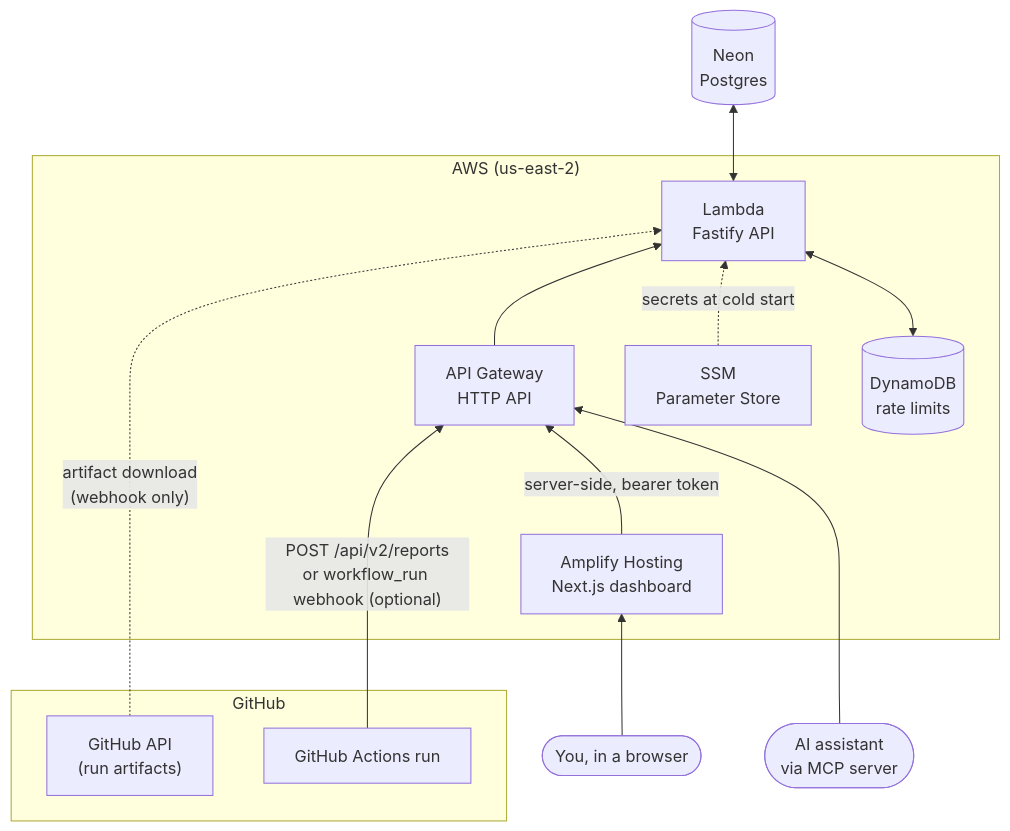
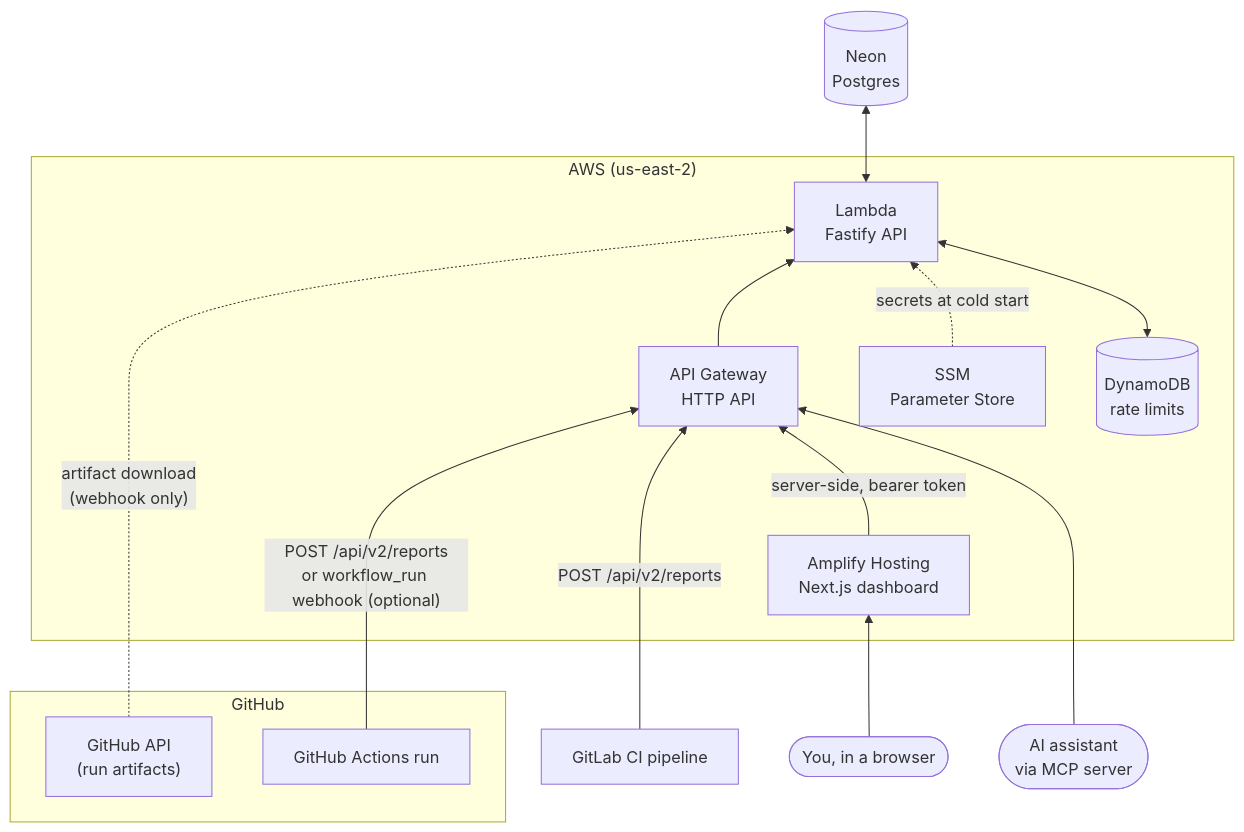
The first of 2 diagrams in README.md (glennmcd/flakehunter), drawn with Mermaid before and after one commit. The commit also changed other lines of this file and 2 other files, not shown here.

Commit message:
fix(api): enhance JUnit parser to decode character references and imp… (#31)

````diff
--- a/README.md
+++ b/README.md
@@ -29,29 +30,31 @@
 ```mermaid
 flowchart BT
   subgraph AWS["AWS (us-east-2)"]
     L["Lambda<br/>Fastify API"]
     APIGW["API Gateway<br/>HTTP API"]
     DDB[("DynamoDB<br/>rate limits")]
     SSM["SSM<br/>Parameter Store"]
     AMP["Amplify Hosting<br/>Next.js dashboard"]
   end
 
   subgraph GitHub
     GA["GitHub Actions run"]
     GHAPI["GitHub API<br/>(run artifacts)"]
   end
 
+  GL["GitLab CI pipeline"]
   DB[("Neon<br/>Postgres")]
   U(["You, in a browser"])
   AI(["AI assistant<br/>via MCP server"])
 
   GA -- "POST /api/v2/reports<br/>or workflow_run webhook (optional)" ---> APIGW
+  GL -- "POST /api/v2/reports" ---> APIGW
   GHAPI -. "artifact download<br/>(webhook only)" .-> L
   APIGW --> L
   SSM -. "secrets at cold start" .-> L
   DDB <--> L
   L <--> DB
   U --> AMP
   AMP -- "server-side, bearer token" --> APIGW
   AI ---> APIGW
 ```
````
